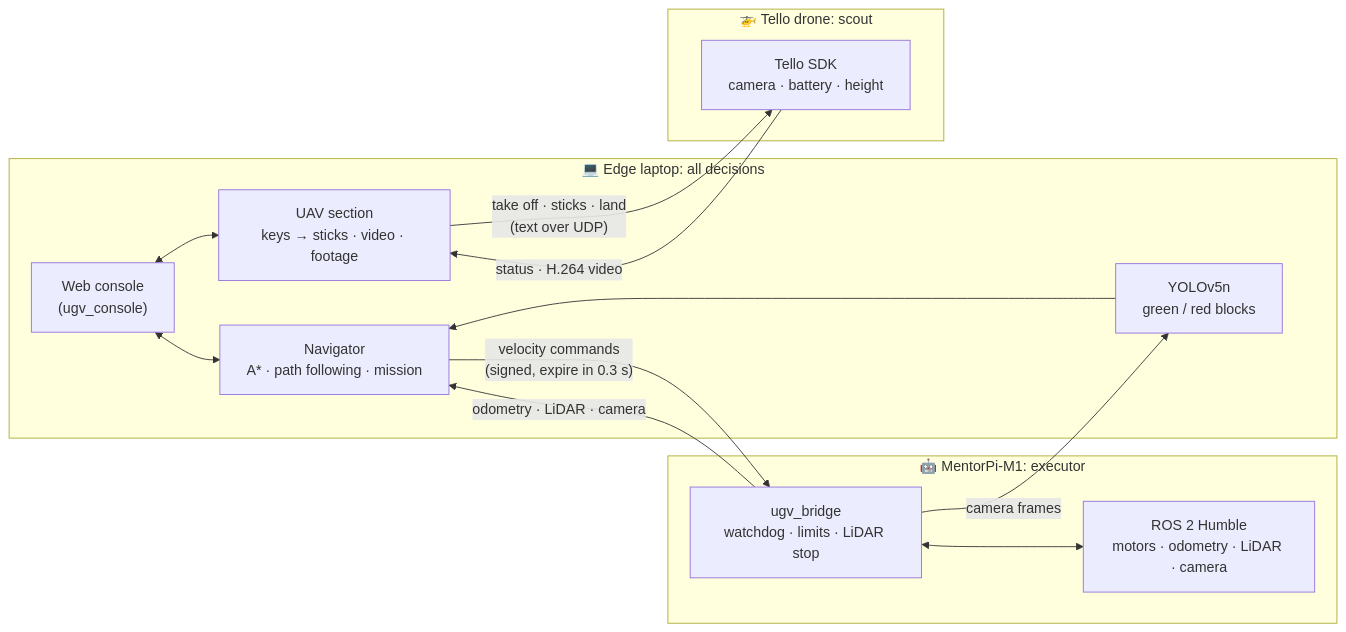
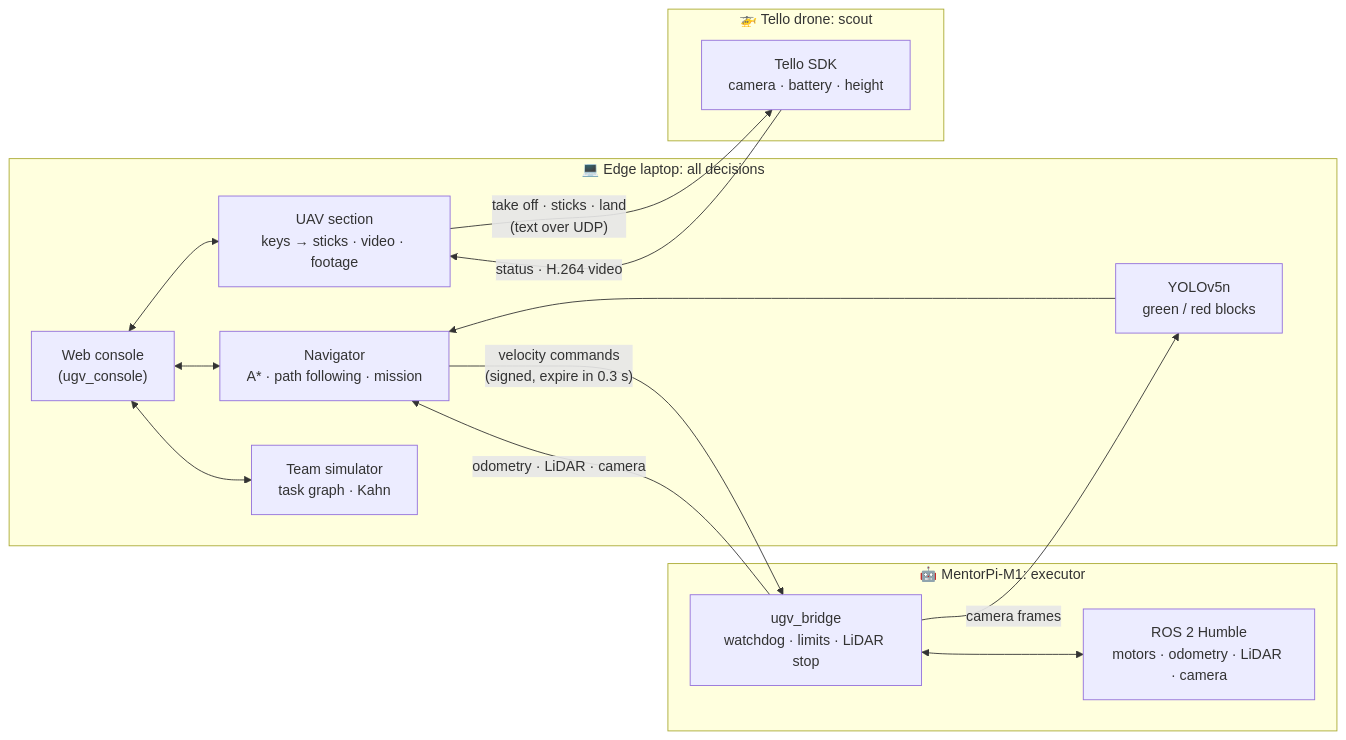
One commit to Aizu-x/FYP-Search-And-Rescue changed the second of 3 diagrams in README.md. Above: the diagram before and after it, drawn with Mermaid. The commit also changed other lines of this file and 20 other files, not shown here.

````diff
--- a/README.md
+++ b/README.md
@@ -44,25 +178,27 @@
 ```mermaid
 flowchart LR
     subgraph Laptop["💻 Edge laptop: all decisions"]
         UI["Web console<br/>(ugv_console)"]
         NAV["Navigator<br/>A* · path following · mission"]
         YOLO["YOLOv5n<br/>green / red blocks"]
         UAV["UAV section<br/>keys → sticks · video · footage"]
+        TEAM["Team simulator<br/>task graph · Kahn"]
         UI <--> NAV
         UI <--> UAV
+        UI <--> TEAM
         YOLO --> NAV
     end
     subgraph Robot["🤖 MentorPi-M1: executor"]
         BR["ugv_bridge<br/>watchdog · limits · LiDAR stop"]
         ROS["ROS 2 Humble<br/>motors · odometry · LiDAR · camera"]
         BR <--> ROS
     end
     NAV -- "velocity commands<br/>(signed, expire in 0.3 s)" --> BR
     BR -- "odometry · LiDAR · camera" --> NAV
     BR -- "camera frames" --> YOLO
     subgraph Drone["🚁 Tello drone: scout"]
         TELLO["Tello SDK<br/>camera · battery · height"]
     end
     UAV -- "take off · sticks · land<br/>(text over UDP)" --> TELLO
     TELLO -- "status · H.264 video" --> UAV
 ```
````
